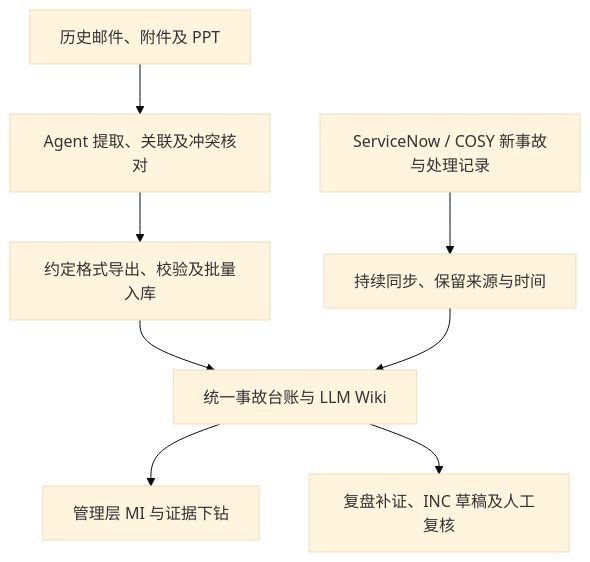
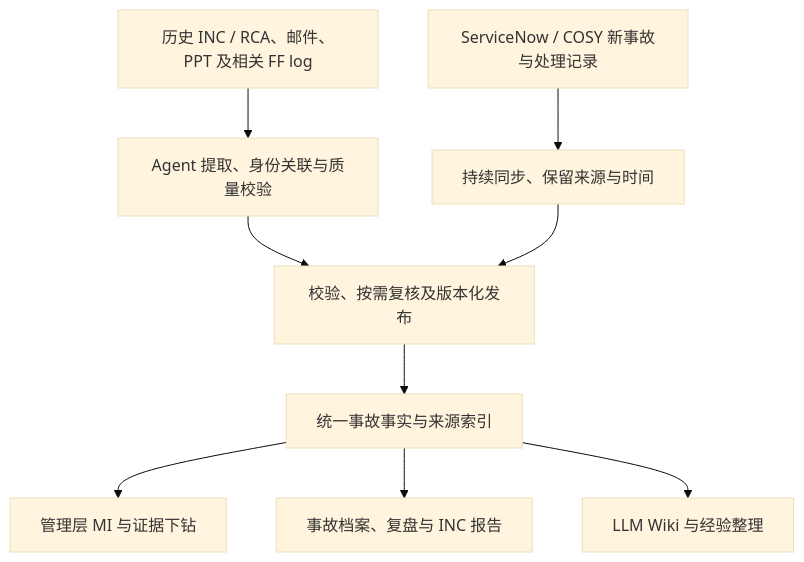
One commit to wwa-lab/production-support-mi changed the diagram in README.md. Above: the diagram before and after it, drawn with Mermaid (base theme). The commit also changed other lines of this file and 7 other files, not shown here.

````diff
--- a/README.md
+++ b/README.md
@@ -23,10 +29,11 @@
 ```mermaid
 flowchart TD
-    A[历史邮件、附件及 PPT] --> B[Agent 提取、关联及冲突核对]
-    B --> C[约定格式导出、校验及批量入库]
+    A[历史 INC / RCA、邮件、PPT 及相关 FF log] --> B[Agent 提取、身份关联与质量校验]
+    B --> C[校验、按需复核及版本化发布]
     S[ServiceNow / COSY 新事故与处理记录] --> T[持续同步、保留来源与时间]
-    C --> E[统一事故台账与 LLM Wiki]
-    T --> E
+    C --> E[统一事故事实与来源索引]
+    T --> C
     E --> G[管理层 MI 与证据下钻]
-    E --> R[复盘补证、INC 草稿及人工复核]
+    E --> R[事故档案、复盘与 INC 报告]
+    E --> W[LLM Wiki 与经验整理]
 ```
````
